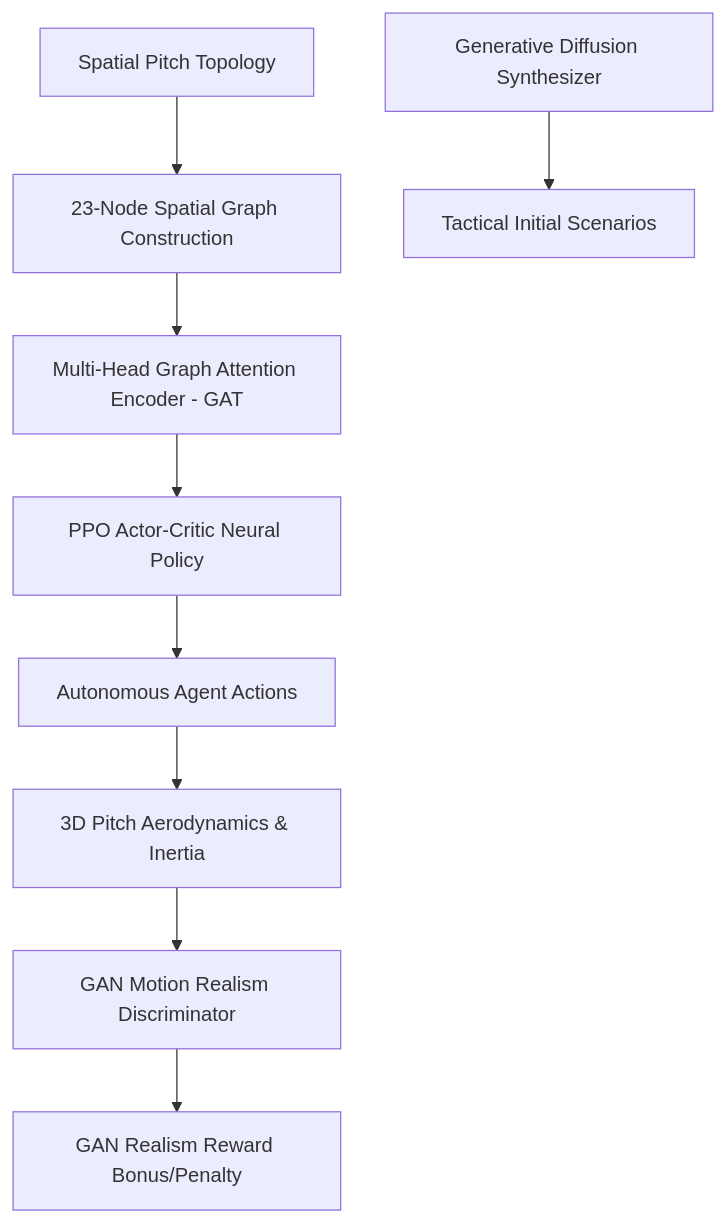
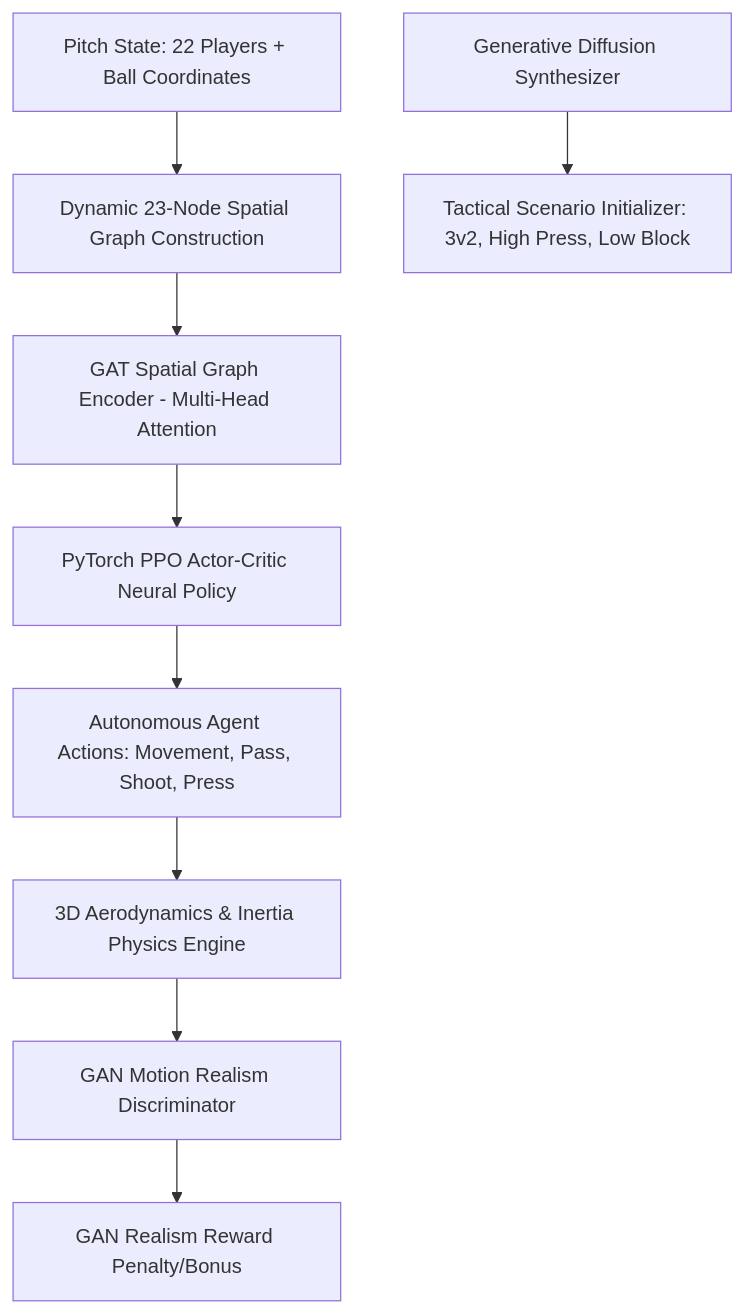
One commit to Agniva2006/AI_gaming changed the diagram in README.md. Above: the diagram before and after it, drawn with Mermaid. The commit also changed other lines of this file and 14 other files, not shown here.

````diff
--- a/README.md
+++ b/README.md
@@ -15,11 +31,11 @@
 ```mermaid
 flowchart TD
-    PitchState[Spatial Pitch Topology] --> GraphConst[23-Node Spatial Graph Construction]
-    GraphConst --> GAT[Multi-Head Graph Attention Encoder - GAT]
-    GAT --> PPO[PPO Actor-Critic Neural Policy]
-    PPO --> ActionExec[Autonomous Agent Actions]
-    ActionExec --> PhysicsEngine[3D Pitch Aerodynamics & Inertia]
+    PitchState[Pitch State: 22 Players + Ball Coordinates] --> GraphConst[Dynamic 23-Node Spatial Graph Construction]
+    GraphConst --> GAT[GAT Spatial Graph Encoder - Multi-Head Attention]
+    GAT --> PPO[PyTorch PPO Actor-Critic Neural Policy]
+    PPO --> ActionExec[Autonomous Agent Actions: Movement, Pass, Shoot, Press]
+    ActionExec --> PhysicsEngine[3D Aerodynamics & Inertia Physics Engine]
     PhysicsEngine --> GAN[GAN Motion Realism Discriminator]
-    GAN --> RewardShaping[GAN Realism Reward Bonus/Penalty]
-    Diffusion[Generative Diffusion Synthesizer] --> ScenarioInit[Tactical Initial Scenarios]
+    GAN --> RewardShaping[GAN Realism Reward Penalty/Bonus]
+    Diffusion[Generative Diffusion Synthesizer] --> ScenarioInit[Tactical Scenario Initializer: 3v2, High Press, Low Block]
 ```
````
